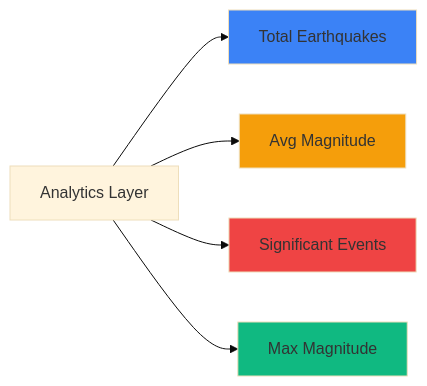
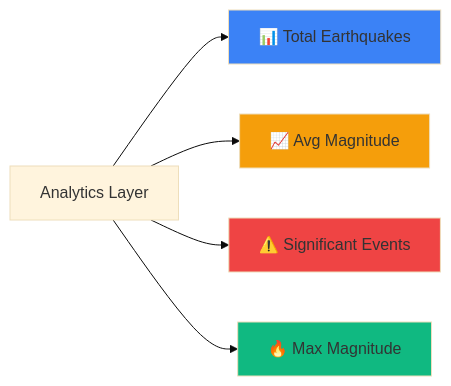
One commit to S3RG10-B4RR3R4/Earthquake-ELT-Pipeline-Airflow changed the sixth of 6 diagrams in README.md. Above: the diagram before and after it, drawn with Mermaid (base theme). The commit also changed other lines of this file, not shown here.

````diff
--- a/README.md
+++ b/README.md
@@ -414,12 +450,12 @@
 ```mermaid
 graph LR
-    A[Analytics Layer] --> B[Total Earthquakes]
-    A --> C[Avg Magnitude]
-    A --> D[Significant Events]
-    A --> E[Max Magnitude]
+    A[Analytics Layer] --> B[📊 Total Earthquakes]
+    A --> C[📈 Avg Magnitude]
+    A --> D[⚠️ Significant Events]
+    A --> E[🔥 Max Magnitude]
     
     style B fill:#3b82f6
     style C fill:#f59e0b
     style D fill:#ef4444
     style E fill:#10b981
 ```
````
